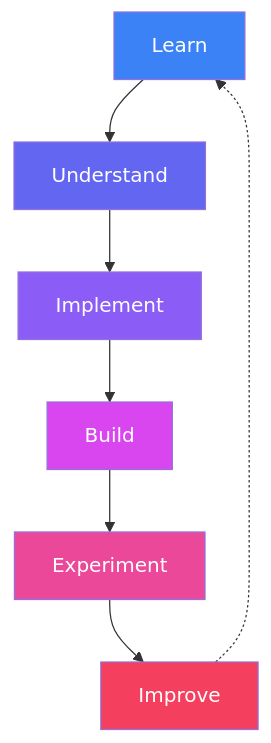
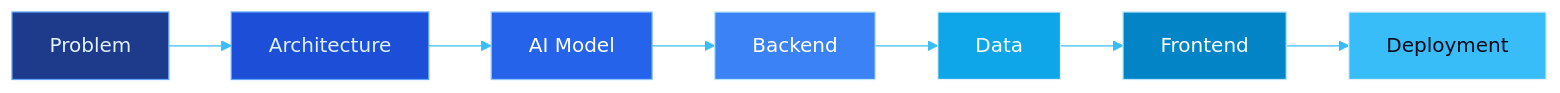
Before and after one commit to aurabydaniyal/aurabydaniyal: the second of 3 diagrams in README.md, drawn with Mermaid. The commit also changed other lines of this file, not shown here.

````diff
--- a/README.md
+++ b/README.md
@@ -315,15 +353,12 @@
 ```mermaid
-flowchart TD
-    A[Learn] --> B[Understand]
-    B --> C[Implement]
-    C --> D[Build]
-    D --> E[Experiment]
-    E --> F[Improve]
-    F -.-> A
-    style A fill:#3B82F6,color:#fff
-    style B fill:#6366F1,color:#fff
-    style C fill:#8B5CF6,color:#fff
-    style D fill:#D946EF,color:#fff
-    style E fill:#EC4899,color:#fff
-    style F fill:#F43F5E,color:#fff
+%%{init: {'theme':'base','themeVariables':{'primaryColor':'#0B1B4D','primaryTextColor':'#E0F2FE','primaryBorderColor':'#38BDF8','lineColor':'#38BDF8','fontFamily':'monospace'}}}%%
+flowchart LR
+    A[Problem] --> B[Architecture] --> C[AI Model] --> D[Backend] --> E[Data] --> F[Frontend] --> G[Deployment]
+    style A fill:#1E3A8A,stroke:#60A5FA,color:#E0F2FE
+    style B fill:#1D4ED8,stroke:#60A5FA,color:#E0F2FE
+    style C fill:#2563EB,stroke:#93C5FD,color:#fff
+    style D fill:#3B82F6,stroke:#BAE6FD,color:#fff
+    style E fill:#0EA5E9,stroke:#E0F2FE,color:#fff
+    style F fill:#0284C7,stroke:#BAE6FD,color:#fff
+    style G fill:#38BDF8,stroke:#E0F2FE,color:#020617
 ```
````
